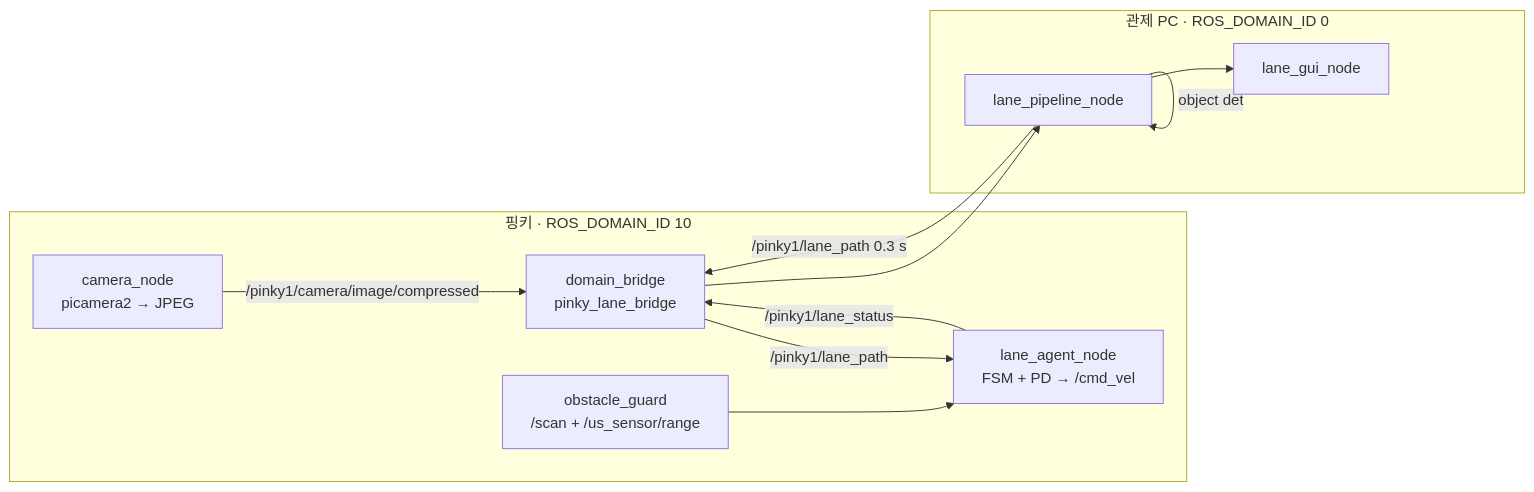
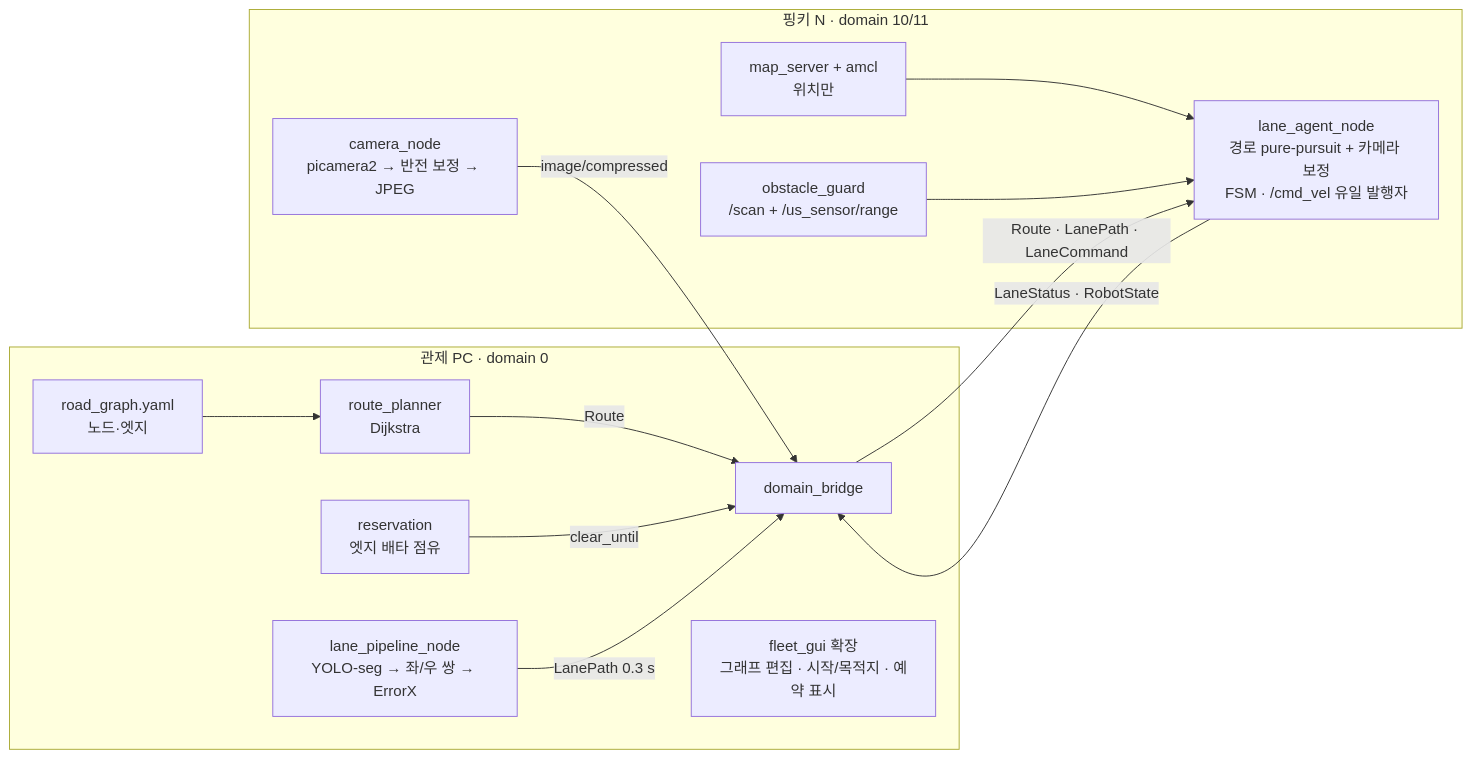
The diagram in README.md (sakim0128/pinky_pro_team11), drawn with Mermaid before and after one commit. The commit also changed other lines of this file, not shown here.

````diff
--- a/README.md
+++ b/README.md
@@ -61,17 +40,19 @@
 ```mermaid
 flowchart LR
-    subgraph R["핑키 · ROS_DOMAIN_ID 10"]
-        CAM[camera_node<br/>picamera2 → JPEG] -->|/pinky1/camera/image/compressed| B
-        LA[lane_agent_node<br/>FSM + PD → /cmd_vel]
+    subgraph PC["관제 PC · domain 0"]
+        G[road_graph.yaml<br/>노드·엣지] --> RP[route_planner<br/>Dijkstra]
+        RP -->|Route| B
+        RS[reservation<br/>엣지 배타 점유] -->|clear_until| B
+        P[lane_pipeline_node<br/>YOLO-seg → 좌/우 쌍 → ErrorX] -->|LanePath 0.3 s| B
+        GUI[fleet_gui 확장<br/>그래프 편집 · 시작/목적지 · 예약 표시]
+        B[domain_bridge]
+    end
+    subgraph R["핑키 N · domain 10/11"]
+        AM[map_server + amcl<br/>위치만] --> LA
+        CAM[camera_node<br/>picamera2 → 반전 보정 → JPEG] -->|image/compressed| B
         OG[obstacle_guard<br/>/scan + /us_sensor/range] --> LA
-        LA -->|/pinky1/lane_status| B
+        LA[lane_agent_node<br/>경로 pure-pursuit + 카메라 보정<br/>FSM · /cmd_vel 유일 발행자]
+        LA -->|LaneStatus · RobotState| B
     end
-    subgraph PC["관제 PC · ROS_DOMAIN_ID 0"]
-        B[domain_bridge<br/>pinky_lane_bridge] --> P[lane_pipeline_node]
-        P -->|lane seg| P
-        P -->|object det| P
-        P -->|/pinky1/lane_path 0.3 s| B
-        P --> G[lane_gui_node]
-    end
-    B -->|/pinky1/lane_path| LA
+    B -->|Route · LanePath · LaneCommand| LA
 ```
````
